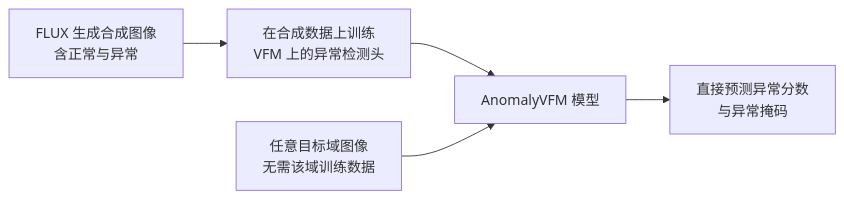
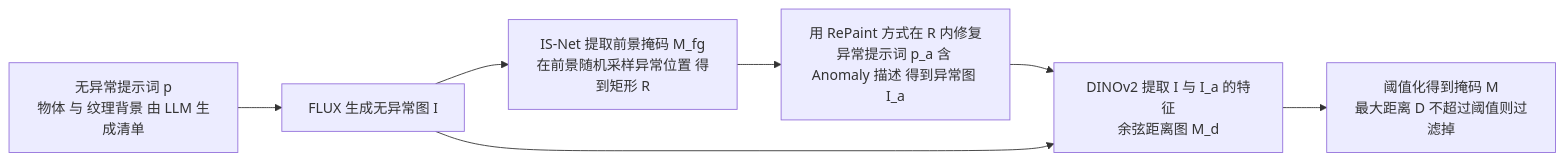
The diagram in docs/bk/0761_paper_AnomalyVFM.md (junxnone/aiwiki), drawn with Mermaid before and after one commit. The commit also changed other lines of this file and 1 other file, not shown here.

Commit message:
更新了 paper AnomalyVFM

````diff
--- a/docs/bk/0761_paper_AnomalyVFM.md
+++ b/docs/bk/0761_paper_AnomalyVFM.md
@@ -27,7 +34,9 @@
 ``` mermaid
 graph LR
-    G["FLUX 生成合成图像<br/>含正常与异常"] --> T["在合成数据上训练<br/>VFM 上的异常检测头"]
-    T --> M["AnomalyVFM 模型"]
-    I["任意目标域图像<br/>无需该域训练数据"] --> M
-    M --> O["直接预测异常分数<br/>与异常掩码"]
+    P["无异常提示词 p<br/>物体 与 纹理背景 由 LLM 生成清单"] --> I["FLUX 生成无异常图 I"]
+    I --> FG["IS-Net 提取前景掩码 M_fg<br/>在前景随机采样异常位置 得到矩形 R"]
+    FG --> INP["用 RePaint 方式在 R 内修复<br/>异常提示词 p_a 含 Anomaly 描述 得到异常图 I_a"]
+    INP --> F["DINOv2 提取 I 与 I_a 的特征<br/>余弦距离图 M_d"]
+    I --> F
+    F --> M["阈值化得到掩码 M<br/>最大距离 D 不超过阈值则过滤掉"]
 ```
````
